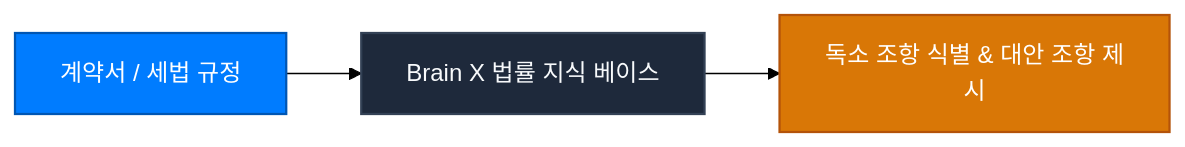
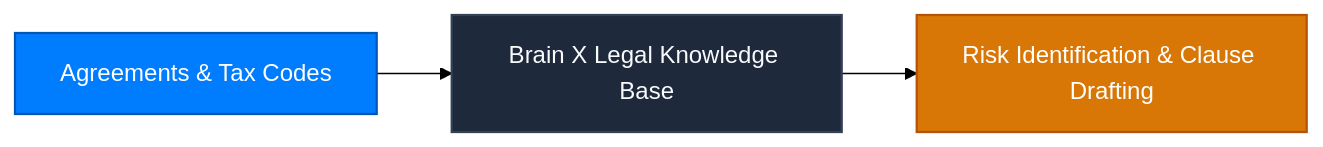
The diagram in use-cases/legal-and-tax.mdx (Connex-Brothers-Consulting-Group/cbcg-hs-connex-docs), drawn with Mermaid (forest theme) before and after one commit. The commit also changed other lines of this file and 30 other files, not shown here.

````diff
--- a/use-cases/legal-and-tax.mdx
+++ b/use-cases/legal-and-tax.mdx
@@ -9,9 +9,9 @@
 ```mermaid
 graph LR
     classDef primary fill:#007CFF,stroke:#0056B3,stroke-width:1.5px,color:#FFFFFF;
     classDef enterprise fill:#1E293B,stroke:#334155,stroke-width:1.5px,color:#F8FAFC;
     classDef warning fill:#D97706,stroke:#B45309,stroke-width:1.5px,color:#FFFFFF;
 
-    Contract["계약서 / 세법 규정"]:::primary --> Brain["Brain X 법률 지식 베이스"]:::enterprise
-    Brain --> Audit["독소 조항 식별 & 대안 조항 제시"]:::warning
+    Contract["Agreements & Tax Codes"]:::primary --> Brain["Brain X Legal Knowledge Base"]:::enterprise
+    Brain --> Audit["Risk Identification & Clause Drafting"]:::warning
 ```
````
